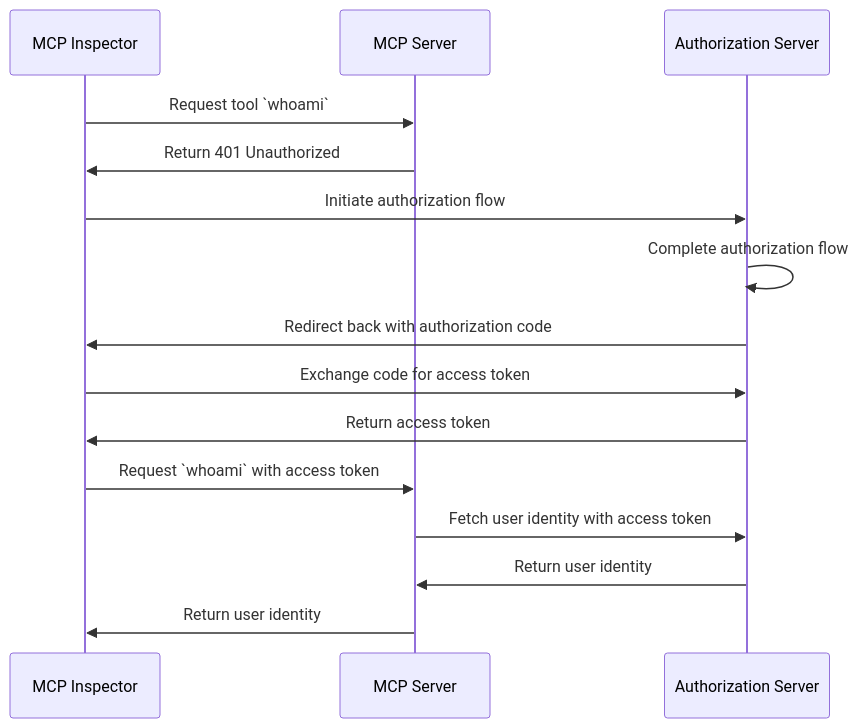
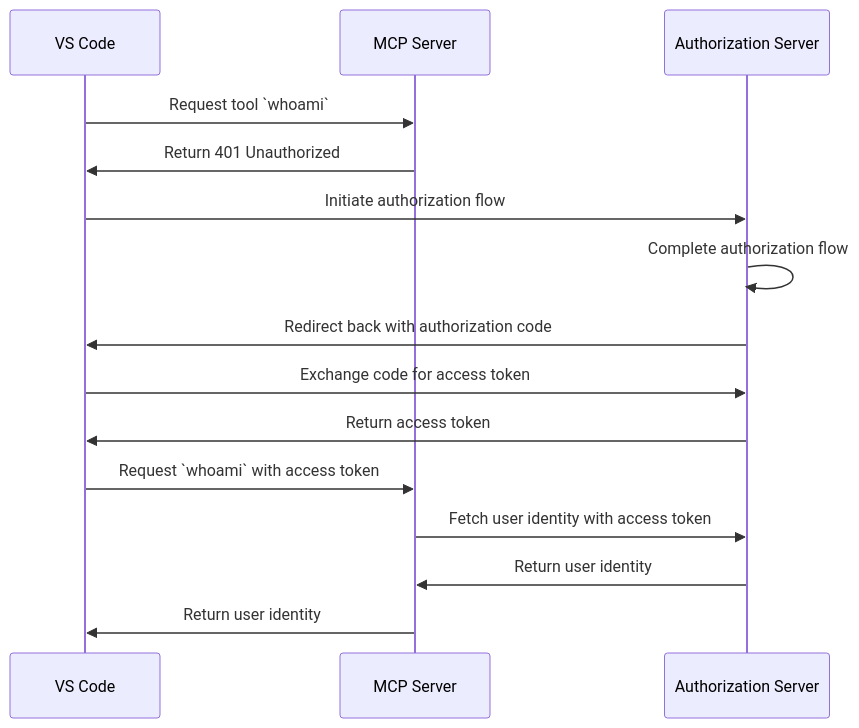
The diagram in docs/tutorials/whoami/README.mdx (mcp-auth/docs), drawn with Mermaid before and after one commit. The commit also changed other lines of this file, not shown here.

````diff
--- a/docs/tutorials/whoami/README.mdx
+++ b/docs/tutorials/whoami/README.mdx
@@ -31,18 +35,18 @@
 ```mermaid
 sequenceDiagram
-    participant Client as MCP Inspector
+    participant Client as VS Code
     participant Server as MCP Server
     participant Auth as Authorization Server
 
     Client->>Server: Request tool `whoami`
     Server->>Client: Return 401 Unauthorized
     Client->>Auth: Initiate authorization flow
     Auth->>Auth: Complete authorization flow
     Auth->>Client: Redirect back with authorization code
     Client->>Auth: Exchange code for access token
     Auth->>Client: Return access token
     Client->>Server: Request `whoami` with access token
     Server->>Auth: Fetch user identity with access token
     Auth->>Server: Return user identity
     Server->>Client: Return user identity
 ```
````
